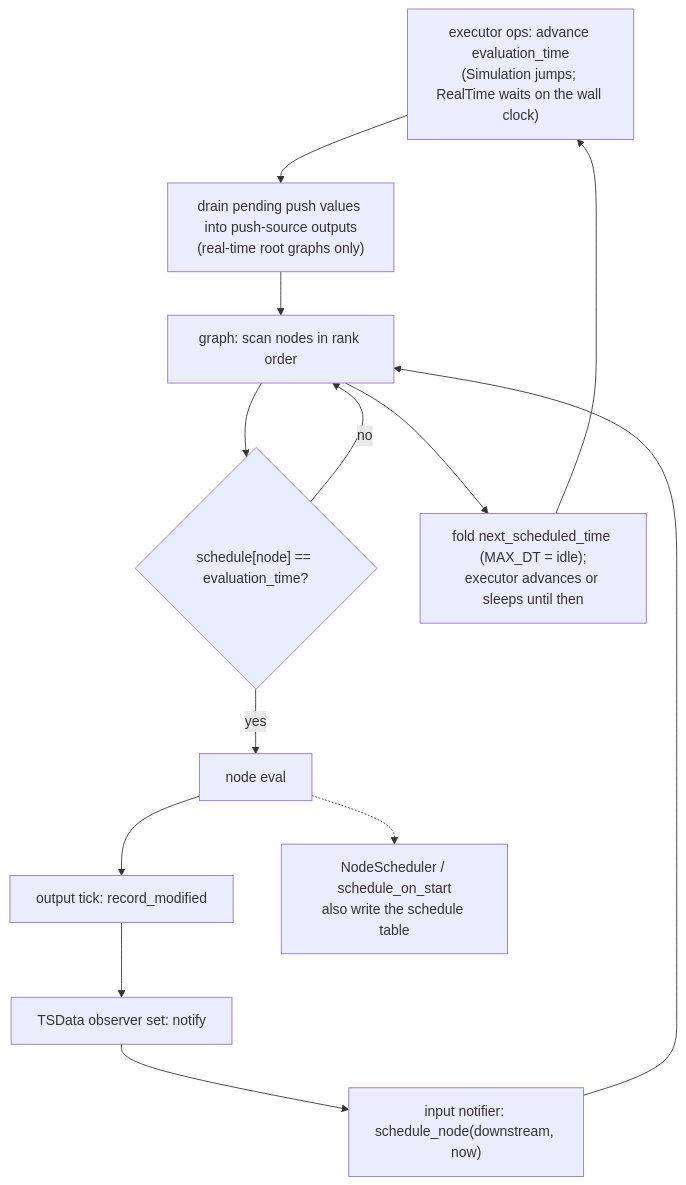
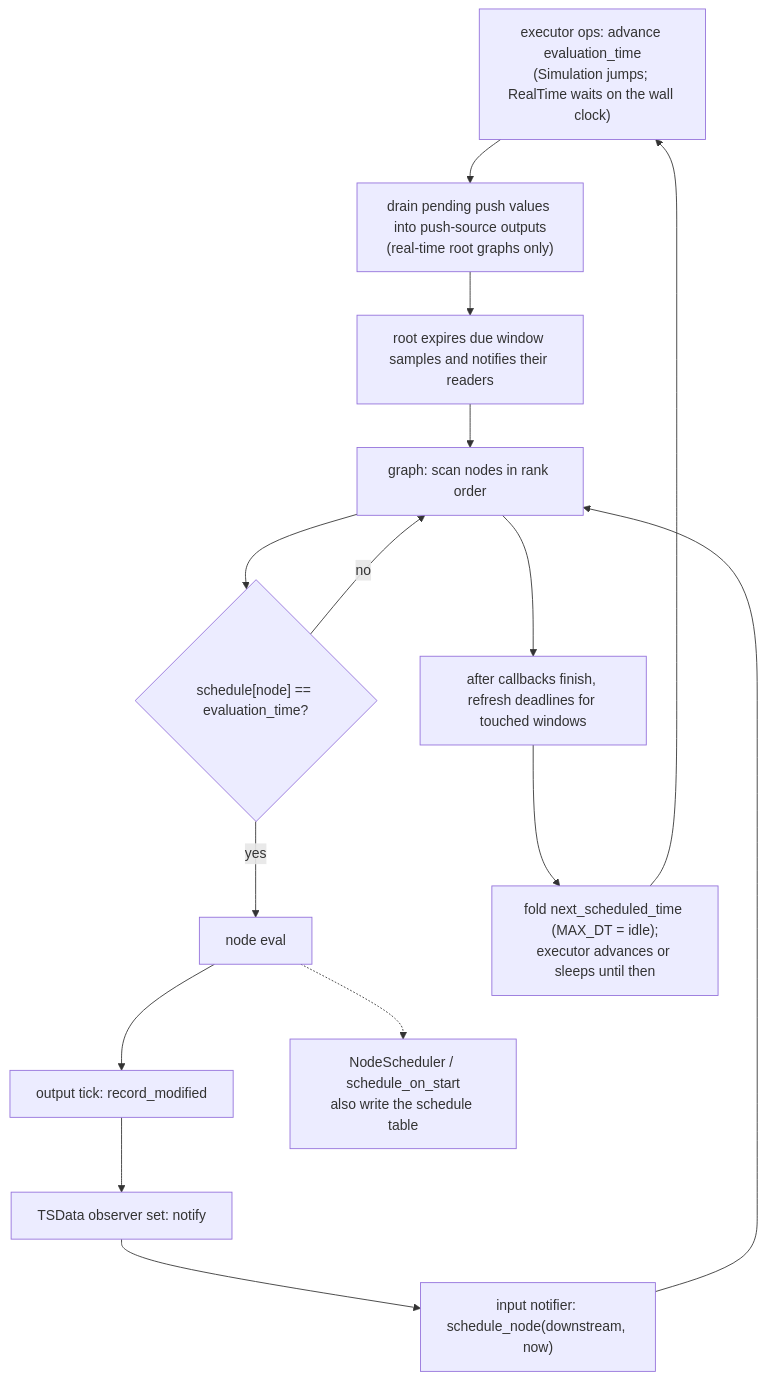
The diagram in docs/source/developer_guide/architecture.rst (hhenson/hgraph), drawn with Mermaid before and after one commit. The commit also changed other lines of this file and 47 other files, not shown here.

Commit message:
Schedule duration window departures through one root expiry service

```diff
--- a/docs/source/developer_guide/architecture.rst
+++ b/docs/source/developer_guide/architecture.rst
@@ -231,21 +245,24 @@
 .. mermaid::
 
    flowchart TD
       advance["executor ops: advance evaluation_time<br/>(Simulation jumps; RealTime waits on the wall clock)"]
       drain["drain pending push values into push-source outputs<br/>(real-time root graphs only)"]
+      expiry["root expires due window samples and notifies their readers"]
       scan["graph: scan nodes in rank order"]
       gate{"schedule[node] == evaluation_time?"}
       eval["node eval"]
       tick["output tick: record_modified"]
       notify["TSData observer set: notify"]
       sched["input notifier: schedule_node(downstream, now)"]
       selfsched["NodeScheduler / schedule_on_start<br/>also write the schedule table"]
       next["fold next_scheduled_time (MAX_DT = idle);<br/>executor advances or sleeps until then"]
 
-      advance --> drain --> scan
+      refresh["after callbacks finish, refresh deadlines for touched windows"]
+
+      advance --> drain --> expiry --> scan
       scan --> gate
       gate -- "no" --> scan
       gate -- "yes" --> eval
       eval --> tick --> notify --> sched --> scan
       eval -.-> selfsched
-      scan --> next --> advance
+      scan --> refresh --> next --> advance
```
